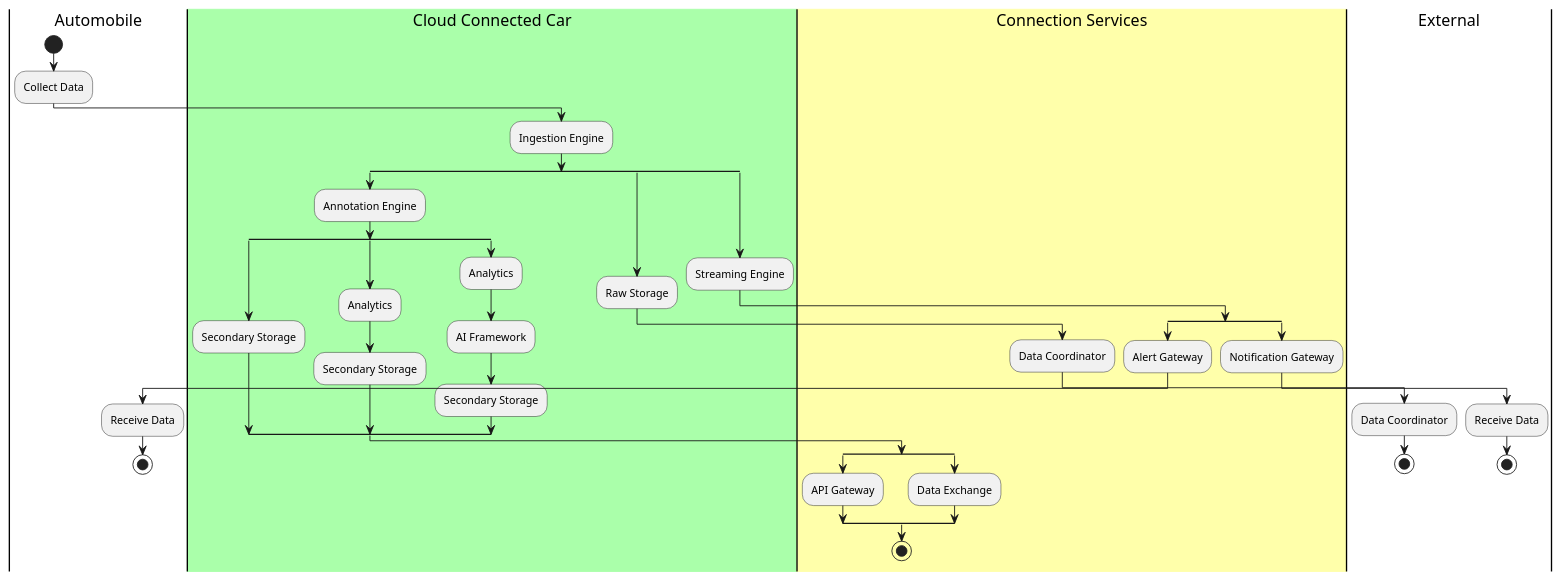
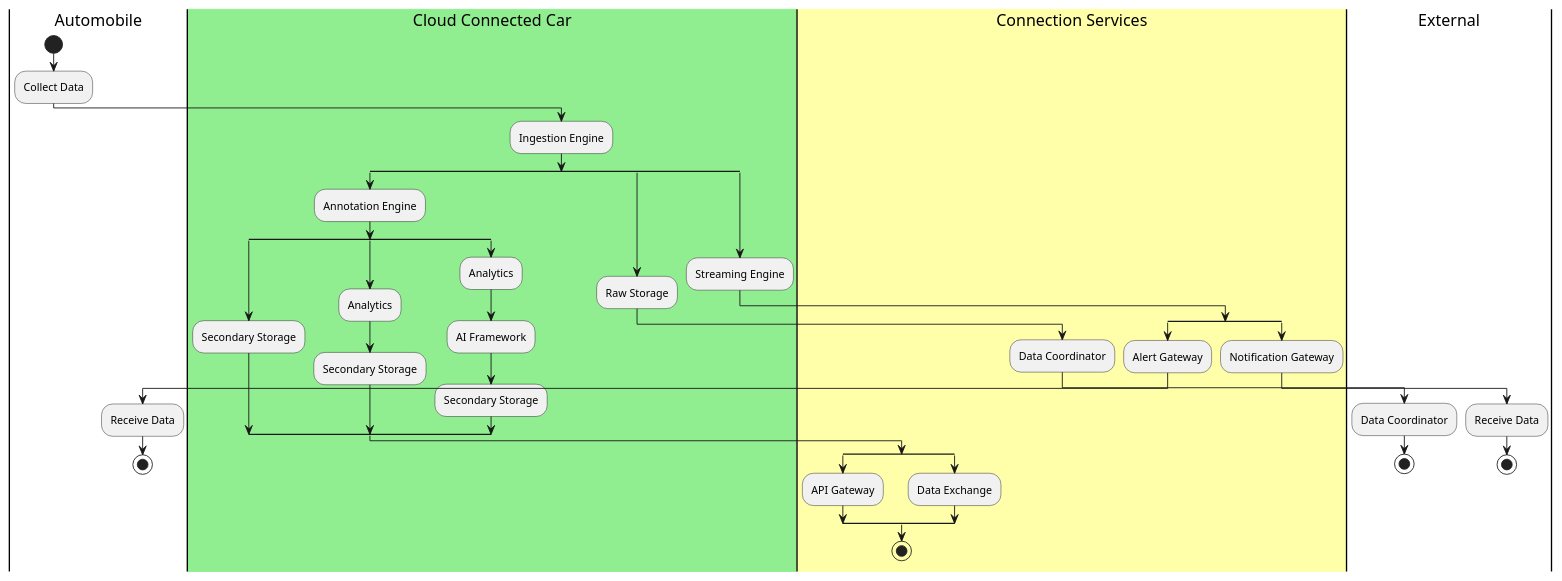
The diagram in docs/Solution/Process.puml (CAADE/ADC), drawn with PlantUML before and after one commit. The commit also changed 374 other files, not shown here.

```diff
--- a/docs/Solution/Process.puml
+++ b/docs/Solution/Process.puml
@@ -1,54 +1,54 @@
 @startuml
 
 |Automobile|
 start
 :Collect Data;
-|#aaffaa|Cloud Connected Car|
+|#lightgreen|Cloud Connected Car|
 :Ingestion Engine;
 split
     |Cloud Connected Car|
     :Annotation Engine;
     split
         :Secondary Storage;
     split again
         :Analytics;
         :Secondary Storage;
     split again
         :Analytics;
         :AI Framework;
         :Secondary Storage;
     split end
     split
         |Connection Services|
         :API Gateway;
     split again
         |Connection Services|
         :Data Exchange;
     split end
     stop
 split again
     |Cloud Connected Car|
     :Raw Storage;
     |Connection Services|
     :Data Coordinator;
     |External|
     :Data Coordinator;
     stop
 split again
     |Cloud Connected Car|
     :Streaming Engine;
     split
       |#ffffaa|Connection Services|
       :Alert Gateway;
       |Automobile|
       :Receive Data;
       stop
     split again
       |Connection Services|
       :Notification Gateway;
       |External|
       :Receive Data;
       stop
     split end
 end split
 @enduml
```
